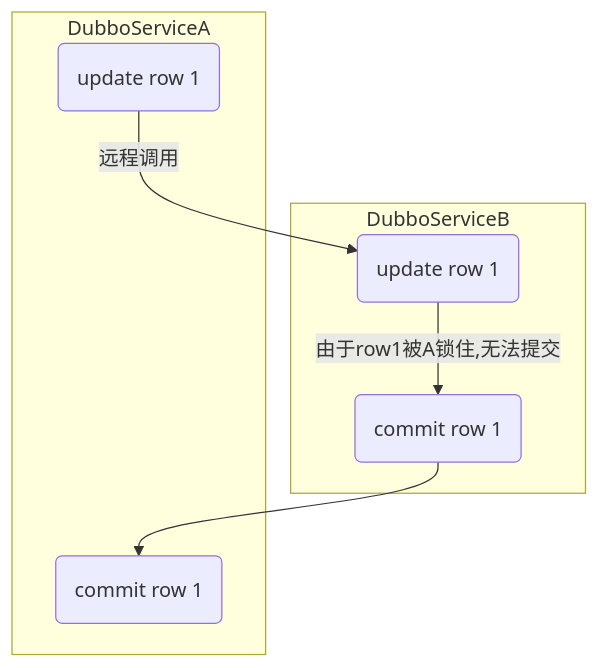
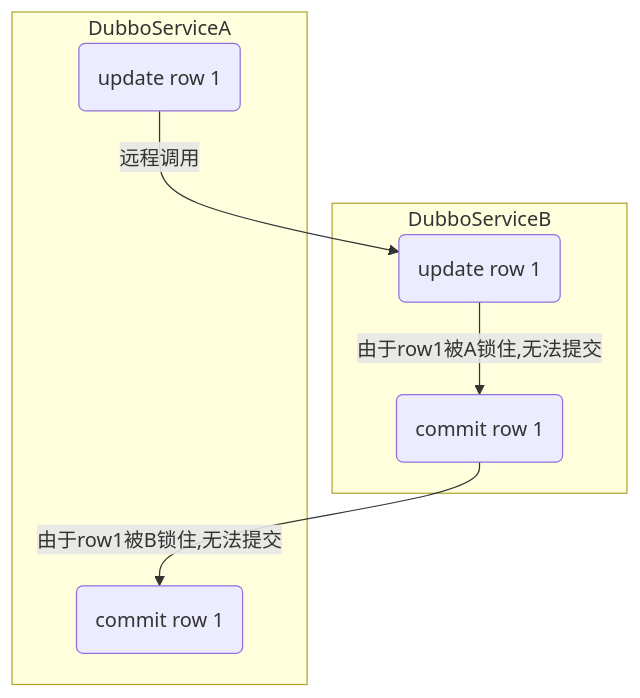
One commit to zhudongdong/docs changed the diagram in dubbo/服务治理问题案例.md. Above: the diagram before and after it, drawn with Mermaid. The commit also changed other lines of this file, not shown here.

Commit message:
Uploaded by https://stackedit.io/

````diff
--- a/dubbo/服务治理问题案例.md
+++ b/dubbo/服务治理问题案例.md
@@ -3,16 +3,16 @@
 ```mermaid
 graph TB
 
 subgraph DubboServiceB
 c(update row 1)
 d(commit row 1)
 end
 subgraph DubboServiceA
 a(update row 1)
 b(commit row 1)
 
 a --远程调用--> c
-d --> b
+d --由于row1被B锁住,无法提交--> b
 c --由于row1被A锁住,无法提交--> d
 end
 ```
````
